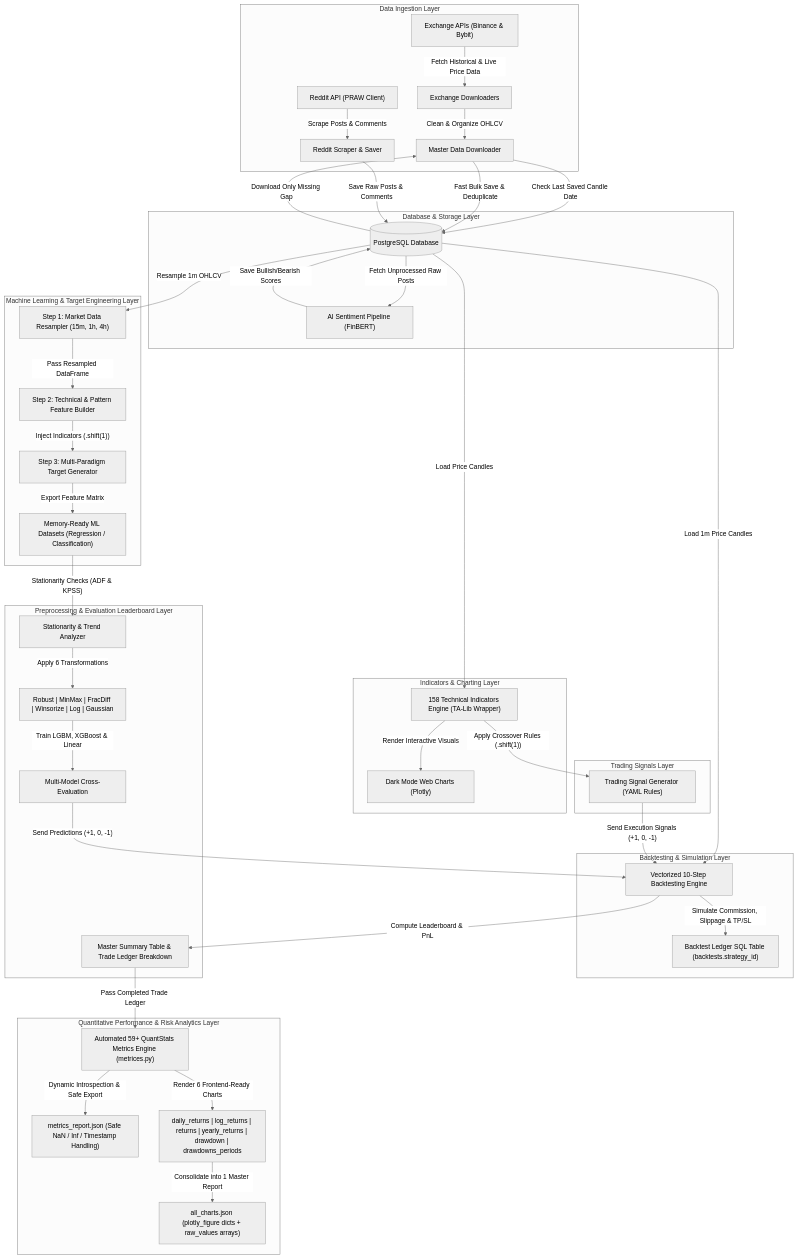
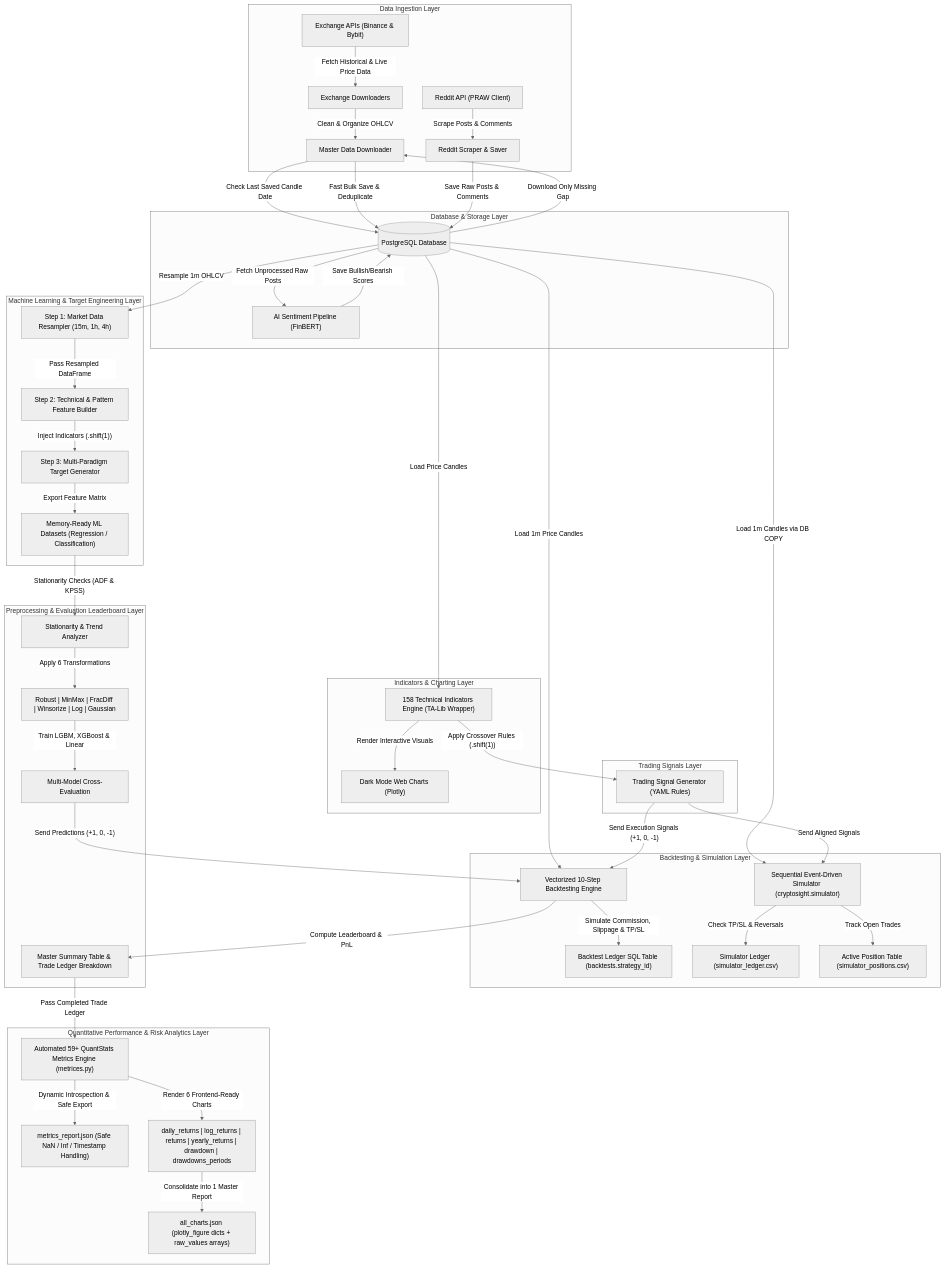
Before and after one commit to 21Afnan/cryptosight: the diagram in README.md, drawn with Mermaid (neutral theme). The commit also changed other lines of this file, not shown here.

````diff
--- a/README.md
+++ b/README.md
@@ -49,55 +51,60 @@
 ```mermaid
 graph TD
     subgraph Data Ingestion Layer
         API["Exchange APIs (Binance & Bybit)"] -->|"Fetch Historical & Live Price Data"| Fetcher["Exchange Downloaders"]
         Fetcher -->|"Clean & Organize OHLCV"| Facade["Master Data Downloader"]
         Reddit["Reddit API (PRAW Client)"] -->|"Scrape Posts & Comments"| RedditScraper["Reddit Scraper & Saver"]
     end
 
     subgraph Database & Storage Layer
         Facade -->|"Check Last Saved Candle Date"| SQL_Check[("PostgreSQL Database")]
         SQL_Check -->|"Download Only Missing Gap"| Facade
         Facade -->|"Fast Bulk Save & Deduplicate"| SQL_Check
         
         RedditScraper -->|"Save Raw Posts & Comments"| SQL_Check
         SQL_Check -->|"Fetch Unprocessed Raw Posts"| AI_Sentiment["AI Sentiment Pipeline (FinBERT)"]
         AI_Sentiment -->|"Save Bullish/Bearish Scores"| SQL_Check
     end
 
     subgraph Indicators & Charting Layer
         SQL_Check -->|"Load Price Candles"| Engine["158 Technical Indicators Engine (TA-Lib Wrapper)"]
         Engine -->|"Render Interactive Visuals"| Dashboard["Dark Mode Web Charts (Plotly)"]
     end
 
     subgraph Trading Signals Layer
         Engine -->|"Apply Crossover Rules (.shift(1))"| Signals["Trading Signal Generator (YAML Rules)"]
     end
 
     subgraph Backtesting & Simulation Layer
         SQL_Check -->|"Load 1m Price Candles"| Backtester["Vectorized 10-Step Backtesting Engine"]
         Signals -->|"Send Execution Signals (+1, 0, -1)"| Backtester
         Backtester -->|"Simulate Commission, Slippage & TP/SL"| Ledger["Backtest Ledger SQL Table (backtests.strategy_id)"]
+        
+        SQL_Check -->|"Load 1m Candles via DB COPY"| Simulator["Sequential Event-Driven Simulator (cryptosight.simulator)"]
+        Signals -->|"Send Aligned Signals"| Simulator
+        Simulator -->|"Check TP/SL & Reversals"| SimLedger["Simulator Ledger (simulator_ledger.csv)"]
+        Simulator -->|"Track Open Trades"| SimPos["Active Position Table (simulator_positions.csv)"]
     end
 
     subgraph Machine Learning & Target Engineering Layer
         SQL_Check -->|"Resample 1m OHLCV"| ML_Resample["Step 1: Market Data Resampler (15m, 1h, 4h)"]
         ML_Resample -->|"Pass Resampled DataFrame"| ML_Features["Step 2: Technical & Pattern Feature Builder"]
         ML_Features -->|"Inject Indicators (.shift(1))"| ML_Target["Step 3: Multi-Paradigm Target Generator"]
         ML_Target -->|"Export Feature Matrix"| ML_Dataset["Memory-Ready ML Datasets (Regression / Classification)"]
     end
 
     subgraph Preprocessing & Evaluation Leaderboard Layer
         ML_Dataset -->|"Stationarity Checks (ADF & KPSS)"| PP_Stationarity["Stationarity & Trend Analyzer"]
         PP_Stationarity -->|"Apply 6 Transformations"| PP_Methods["Robust | MinMax | FracDiff | Winsorize | Log | Gaussian"]
         PP_Methods -->|"Train LGBM, XGBoost & Linear"| PP_Models["Multi-Model Cross-Evaluation"]
         PP_Models -->|"Send Predictions (+1, 0, -1)"| Backtester
         Backtester -->|"Compute Leaderboard & PnL"| PP_Leaderboard["Master Summary Table & Trade Ledger Breakdown"]
     end
 
     subgraph Quantitative Performance & Risk Analytics Layer
         PP_Leaderboard -->|"Pass Completed Trade Ledger"| Stats_Engine["Automated 59+ QuantStats Metrics Engine (metrices.py)"]
         Stats_Engine -->|"Dynamic Introspection & Safe Export"| Stats_JSON["metrics_report.json (Safe NaN / Inf / Timestamp Handling)"]
         Stats_Engine -->|"Render 6 Frontend-Ready Charts"| Stats_Plots["daily_returns | log_returns | returns | yearly_returns | drawdown | drawdowns_periods"]
         Stats_Plots -->|"Consolidate into 1 Master Report"| Stats_Master["all_charts.json (plotly_figure dicts + raw_values arrays)"]
     end
 ```
````
